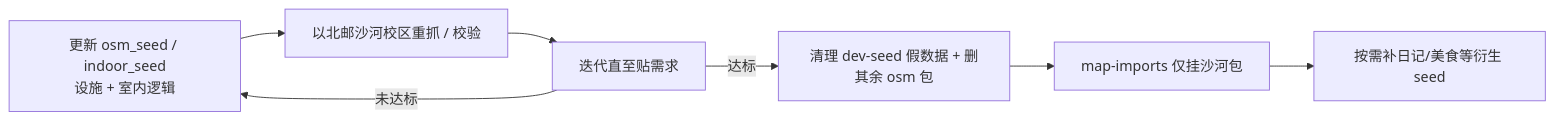
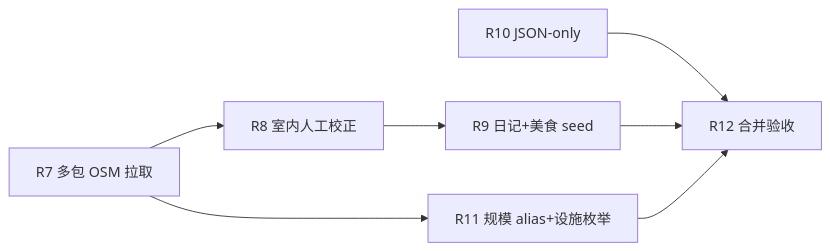
One commit to Max1122Chen/PTRS changed the first of 2 diagrams in docs/AI/SPRINT_CLOSURE.md. Above: the diagram before and after it, drawn with Mermaid. The commit also changed other lines of this file and 232 other files, not shown here.

First line of the commit message:
feat(data): S2 R7 多包 OSM 与 R9 衍生 seed 数据治理

````diff
--- a/docs/AI/SPRINT_CLOSURE.md
+++ b/docs/AI/SPRINT_CLOSURE.md
@@ -67,13 +86,15 @@
 ```mermaid
 flowchart LR
-  A["更新 osm_seed / indoor_seed<br/>设施 + 室内逻辑"]
-  B["以北邮沙河校区重抓 / 校验"]
-  C["迭代直至贴需求"]
-  D["清理 dev-seed 假数据 + 删其余 osm 包"]
-  E["map-imports 仅挂沙河包"]
-  F["按需补日记/美食等衍生 seed"]
+  R7["R7 多包 OSM 拉取"]
+  R8["R8 室内人工校正"]
+  R9["R9 日记+美食 seed"]
+  R10["R10 JSON-only"]
+  R11["R11 规模 alias+设施枚举"]
+  R12["R12 合并验收"]
 
-  A --> B --> C
-  C -->|未达标| A
-  C -->|达标| D --> E --> F
+  R7 --> R8 --> R9
+  R7 --> R11
+  R10 --> R12
+  R9 --> R12
+  R11 --> R12
 ```
````
